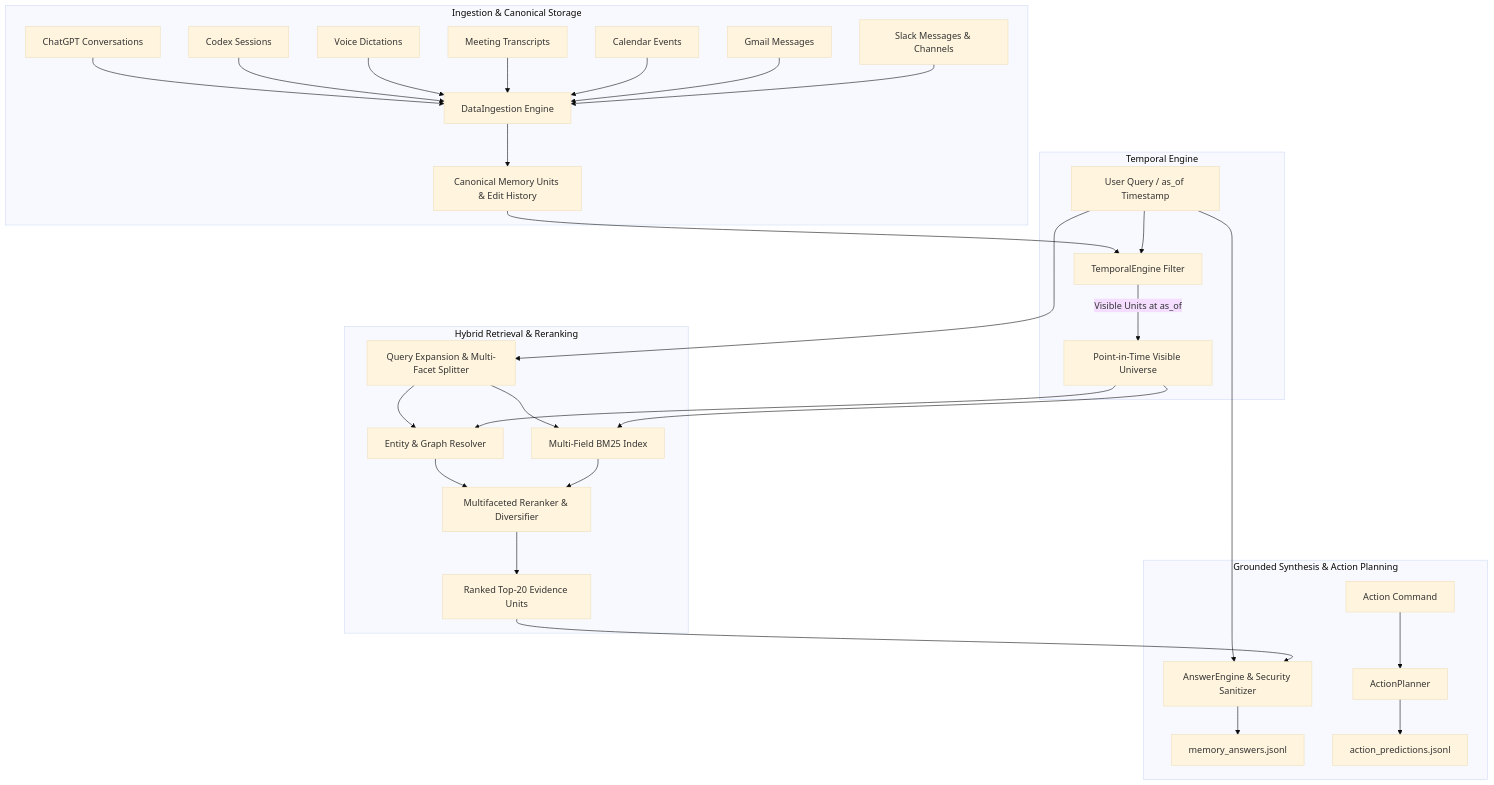
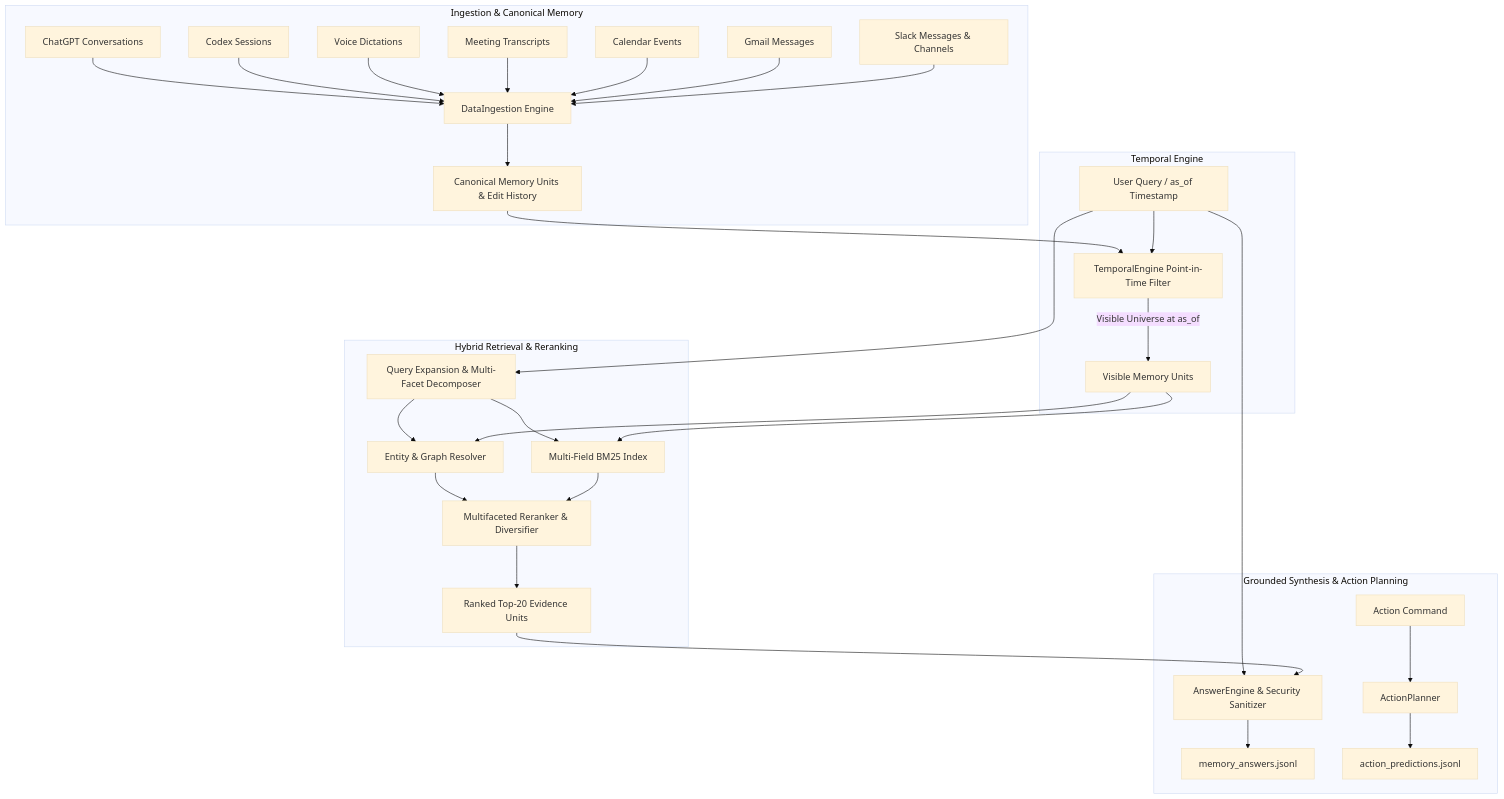
One commit to rajeevv4/Candor--assignment changed the diagram in README.md. Above: the diagram before and after it, drawn with Mermaid (base theme). The commit also changed other lines of this file and 1 other file, not shown here.

````diff
--- a/README.md
+++ b/README.md
@@ -9,39 +24,39 @@
 ```mermaid
 flowchart TD
-    subgraph Ingestion & Canonical Storage
+    subgraph Ingestion & Canonical Memory
         D1[Slack Messages & Channels] --> ING[DataIngestion Engine]
         D2[Gmail Messages] --> ING
         D3[Calendar Events] --> ING
         D4[Meeting Transcripts] --> ING
         D5[Voice Dictations] --> ING
         D6[Codex Sessions] --> ING
         D7[ChatGPT Conversations] --> ING
         ING --> CANON[Canonical Memory Units & Edit History]
     end
 
     subgraph Temporal Engine
-        Q[User Query / as_of Timestamp] --> TEMP[TemporalEngine Filter]
+        Q[User Query / as_of Timestamp] --> TEMP[TemporalEngine Point-in-Time Filter]
         CANON --> TEMP
-        TEMP -->|Visible Units at as_of| VIS[Point-in-Time Visible Universe]
+        TEMP -->|Visible Universe at as_of| VIS[Visible Memory Units]
     end
 
     subgraph Hybrid Retrieval & Reranking
         VIS --> BM[Multi-Field BM25 Index]
         VIS --> ENT[Entity & Graph Resolver]
-        Q --> EXP[Query Expansion & Multi-Facet Splitter]
+        Q --> EXP[Query Expansion & Multi-Facet Decomposer]
         EXP --> BM
         EXP --> ENT
         BM --> RERANK[Multifaceted Reranker & Diversifier]
         ENT --> RERANK
         RERANK --> TOP20[Ranked Top-20 Evidence Units]
     end
 
     subgraph Grounded Synthesis & Action Planning
         TOP20 --> ANS[AnswerEngine & Security Sanitizer]
         Q --> ANS
         ANS --> JSONL_MEM[memory_answers.jsonl]
         
         Q_ACT[Action Command] --> PLANNER[ActionPlanner]
         PLANNER --> JSONL_ACT[action_predictions.jsonl]
     end
 ```
````
